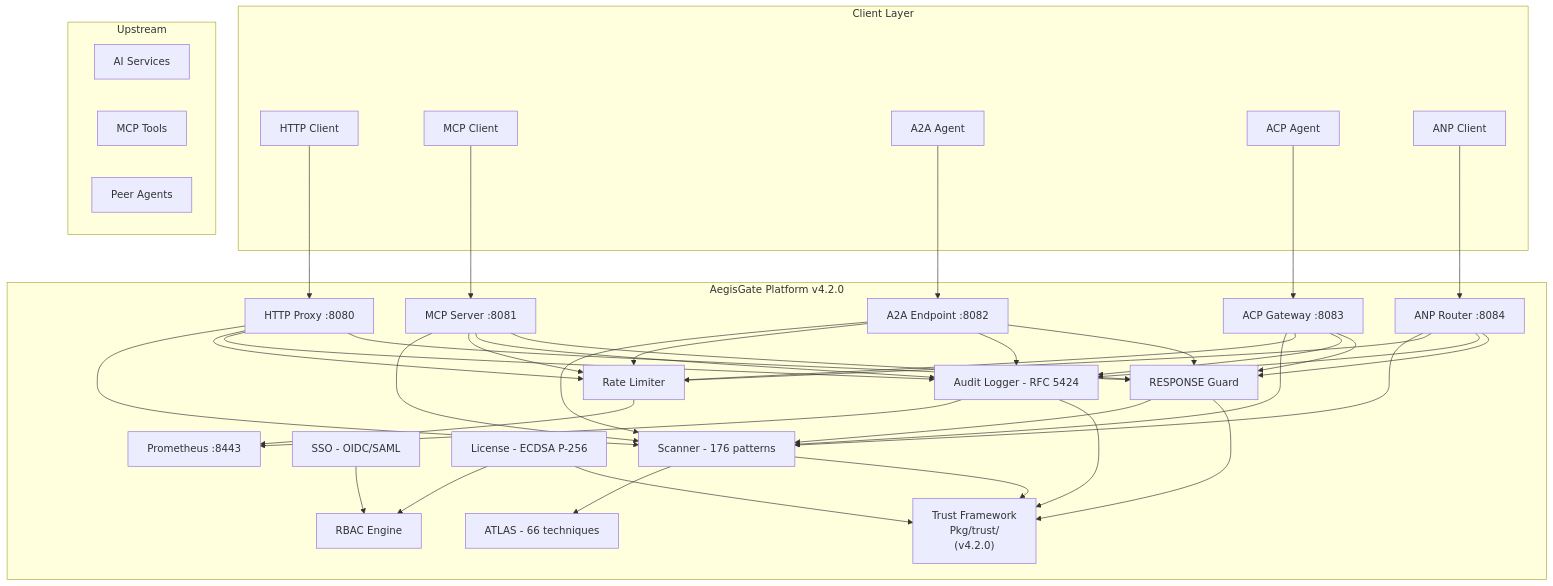
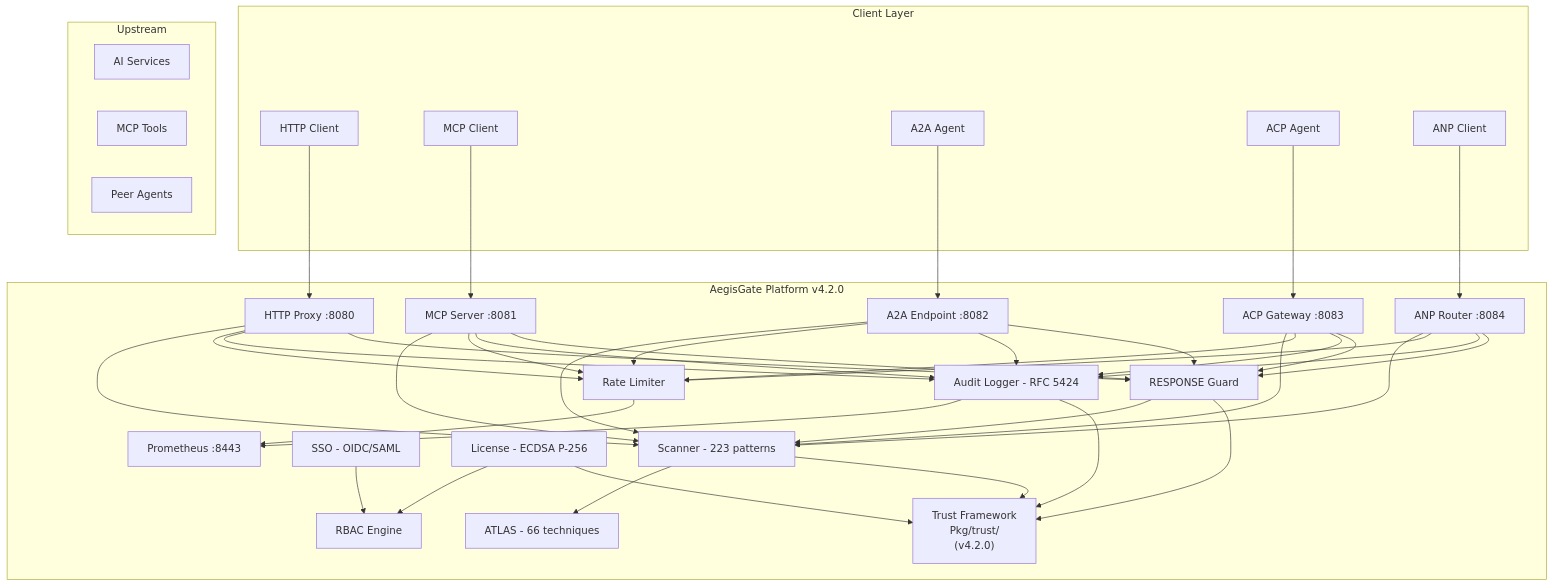
The diagram in content/tech.md (aegisgatesecurity/aegisgate-site), drawn with Mermaid before and after one commit. The commit also changed other lines of this file and 28 other files, not shown here.

```diff
--- a/content/tech.md
+++ b/content/tech.md
@@ -12,61 +12,61 @@
 {{< mermaid >}}
 flowchart TB
     subgraph Client["Client Layer"]
         A["HTTP Client"]
         B["MCP Client"]
         C["A2A Agent"]
         D["ACP Agent"]
         E["ANP Client"]
     end
 
     subgraph AegisGate["AegisGate Platform v4.2.0"]
         G["HTTP Proxy :8080"]
         H["MCP Server :8081"]
         I["A2A Endpoint :8082"]
         J["ACP Gateway :8083"]
         K["ANP Router :8084"]
         L["RESPONSE Guard"]
         TR["Trust Framework\nPkg/trust/\n(v4.2.0)"]
 
-        M["Scanner - 176 patterns"]
+        M["Scanner - 223 patterns"]
         N["ATLAS - 66 techniques"]
         O["Rate Limiter"]
         P["Audit Logger - RFC 5424"]
 
         Q["SSO - OIDC/SAML"]
         R["RBAC Engine"]
         S["License - ECDSA P-256"]
 
         T["Prometheus :8443"]
     end
 
     subgraph Upstream["Upstream"]
         U["AI Services"]
         V["MCP Tools"]
         W["Peer Agents"]
     end
 
     A --> G
     B --> H
     C --> I
     D --> J
     E --> K
 
     G --> M & O & P & L
     H --> M & O & P & L
     I --> M & O & P & L
     J --> M & O & P & L
     K --> M & O & P & L
 
     M --> N
     L --> M
     O --> T
     P --> T
     Q --> R
     S --> R
 
     M --> TR
     L --> TR
     P --> TR
     S --> TR
 {{< /mermaid >}}
```
